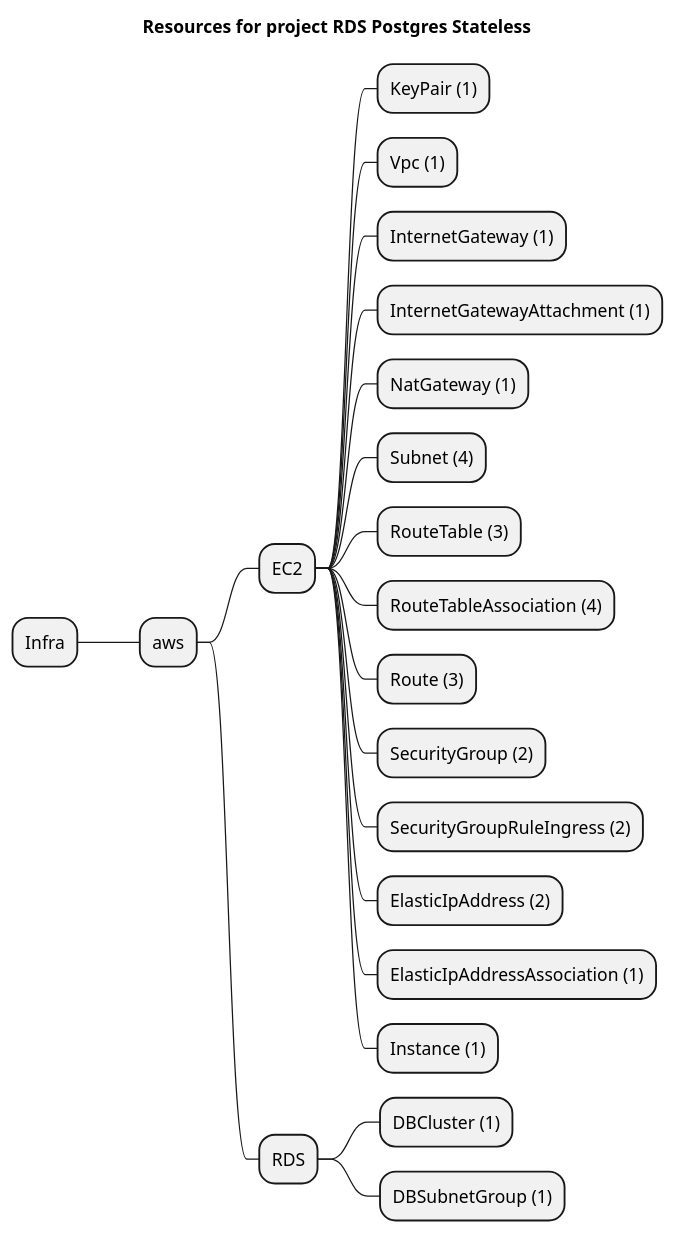
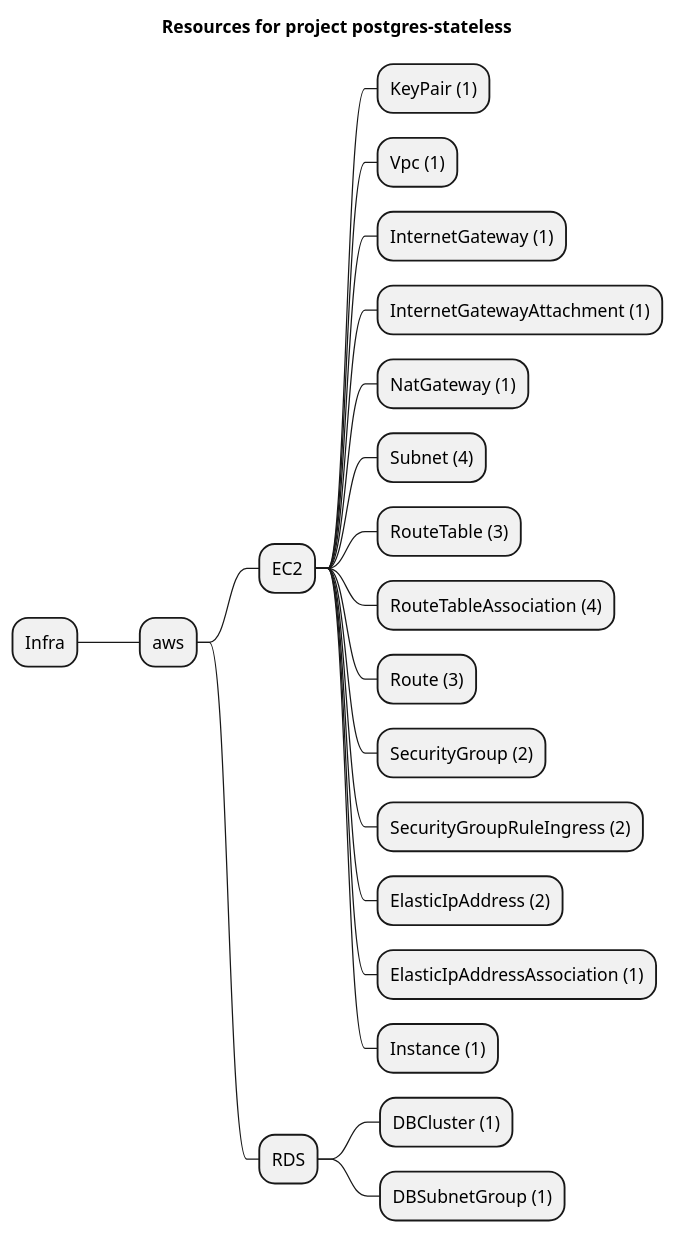
Before and after one commit to grucloud/grucloud: the diagram in examples/aws/RDS/postgres-stateless/artifacts/resources-mindmap.puml, drawn with PlantUML. The commit also changed 766 other files, not shown here.

Commit message:
update diagram

```diff
--- a/examples/aws/RDS/postgres-stateless/artifacts/resources-mindmap.puml
+++ b/examples/aws/RDS/postgres-stateless/artifacts/resources-mindmap.puml
@@ -1,24 +1,24 @@
 @startmindmap
-title Resources for project RDS Postgres Stateless
+title Resources for project postgres-stateless
 skinparam monochrome true
 + Infra
 ++ aws
 +++ EC2
 ++++ KeyPair (1)
 ++++ Vpc (1)
 ++++ InternetGateway (1)
 ++++ InternetGatewayAttachment (1)
 ++++ NatGateway (1)
 ++++ Subnet (4)
 ++++ RouteTable (3)
 ++++ RouteTableAssociation (4)
 ++++ Route (3)
 ++++ SecurityGroup (2)
 ++++ SecurityGroupRuleIngress (2)
 ++++ ElasticIpAddress (2)
 ++++ ElasticIpAddressAssociation (1)
 ++++ Instance (1)
 +++ RDS
 ++++ DBCluster (1)
 ++++ DBSubnetGroup (1)
 @endmindmap
```
